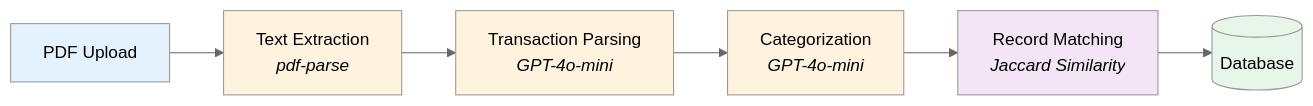
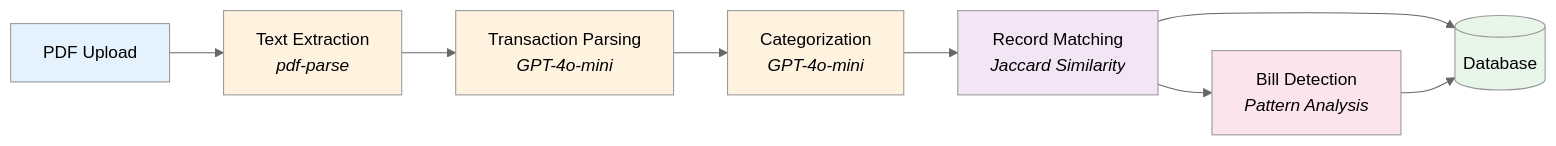
The third of 11 diagrams in README.md (mjmitchell86/Spendoza), drawn with Mermaid (neutral theme) before and after one commit. The commit also changed other lines of this file, not shown here.

First line of the commit message:
docs: update README with full feature set and mermaid diagrams

````diff
--- a/README.md
+++ b/README.md
@@ -109,15 +109,18 @@
 ```mermaid
 flowchart LR
     PDF[PDF Upload] --> Extract[Text Extraction<br/><i>pdf-parse</i>]
     Extract --> Parse[Transaction Parsing<br/><i>GPT-4o-mini</i>]
     Parse --> Classify[Categorization<br/><i>GPT-4o-mini</i>]
     Classify --> Match[Record Matching<br/><i>Jaccard Similarity</i>]
     Match --> DB[(Database)]
+    Match --> Bills[Bill Detection<br/><i>Pattern Analysis</i>]
+    Bills --> DB
 
     style PDF fill:#e3f2fd
     style Extract fill:#fff3e0
     style Parse fill:#fff3e0
     style Classify fill:#fff3e0
     style Match fill:#f3e5f5
+    style Bills fill:#fce4ec
     style DB fill:#e8f5e9
 ```
````
